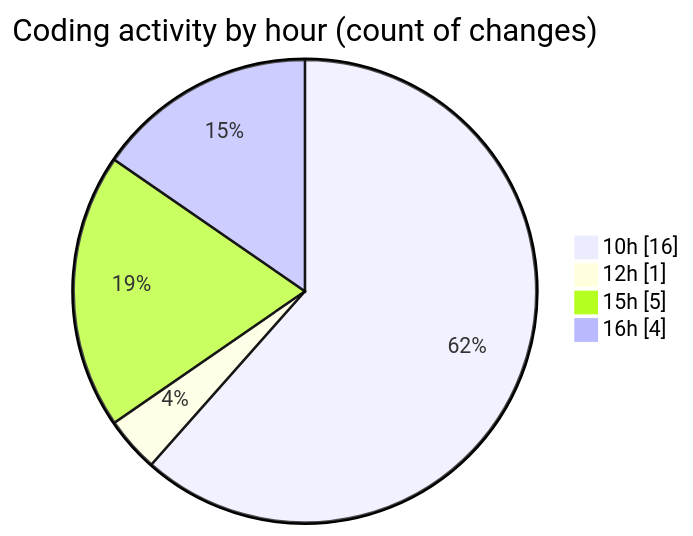
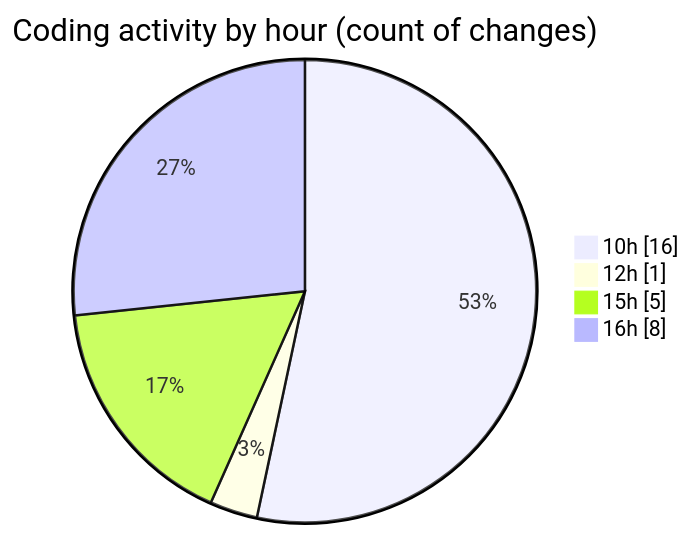
One commit to nxtqubesakshisongat/code-tracking changed the second of 2 diagrams in 2026-05-18/nxtqube_webapp/README.md. Above: the diagram before and after it, drawn with Mermaid. The commit also changed other lines of this file and 1 other file, not shown here.

````diff
--- a/2026-05-18/nxtqube_webapp/README.md
+++ b/2026-05-18/nxtqube_webapp/README.md
@@ -33,8 +33,8 @@
 ```mermaid
 pie showData
 title Coding activity by hour (count of changes)
 "10h" : 16
 "12h" : 1
 "15h" : 5
-"16h" : 4
+"16h" : 8
 ```
````
